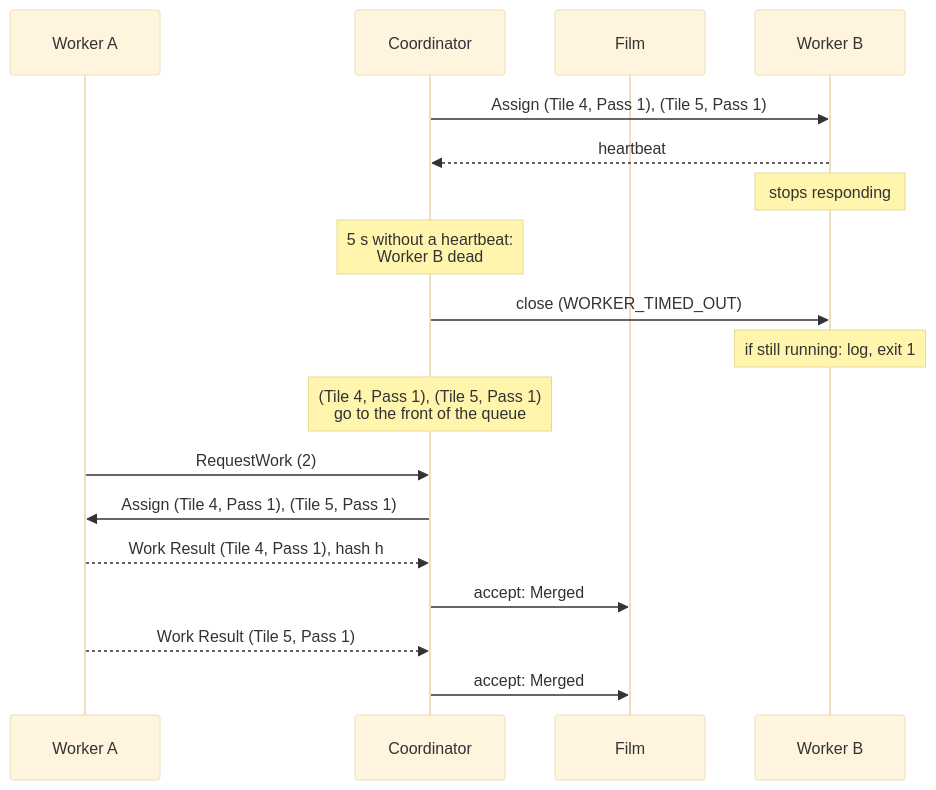
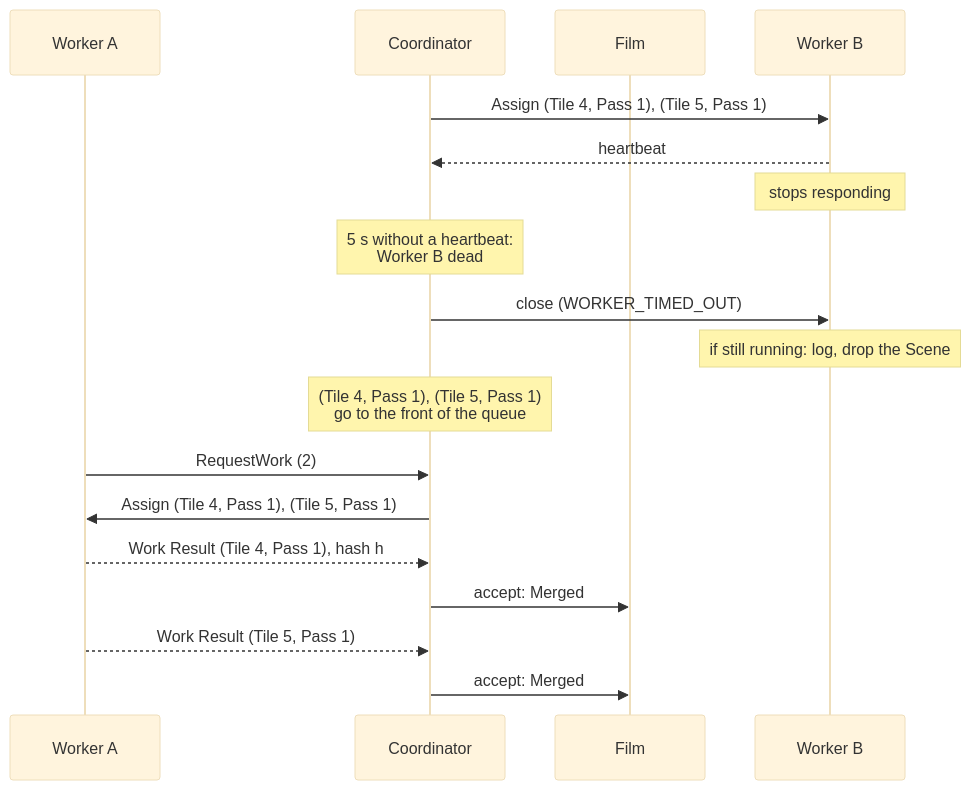
One commit to sergioffpc/umbra changed the third of 6 diagrams in docs/architecture/06-runtime-view.md. Above: the diagram before and after it, drawn with Mermaid (base theme). The commit also changed other lines of this file and 17 other files, not shown here.

````diff
--- a/docs/architecture/06-runtime-view.md
+++ b/docs/architecture/06-runtime-view.md
@@ -93,20 +93,20 @@
 ```mermaid
 sequenceDiagram
     participant A as Worker A
     participant C as Coordinator
     participant F as Film
     participant B as Worker B
     C->>B: Assign (Tile 4, Pass 1), (Tile 5, Pass 1)
     B-->>C: heartbeat
     Note over B: stops responding
     Note over C: 5 s without a heartbeat:<br/>Worker B dead
     C->>B: close (WORKER_TIMED_OUT)
-    Note over B: if still running: log, exit 1
+    Note over B: if still running: log, drop the Scene
     Note over C: (Tile 4, Pass 1), (Tile 5, Pass 1)<br/>go to the front of the queue
     A->>C: RequestWork (2)
     C->>A: Assign (Tile 4, Pass 1), (Tile 5, Pass 1)
     A-->>C: Work Result (Tile 4, Pass 1), hash h
     C->>F: accept: Merged
     A-->>C: Work Result (Tile 5, Pass 1)
     C->>F: accept: Merged
 ```
````
